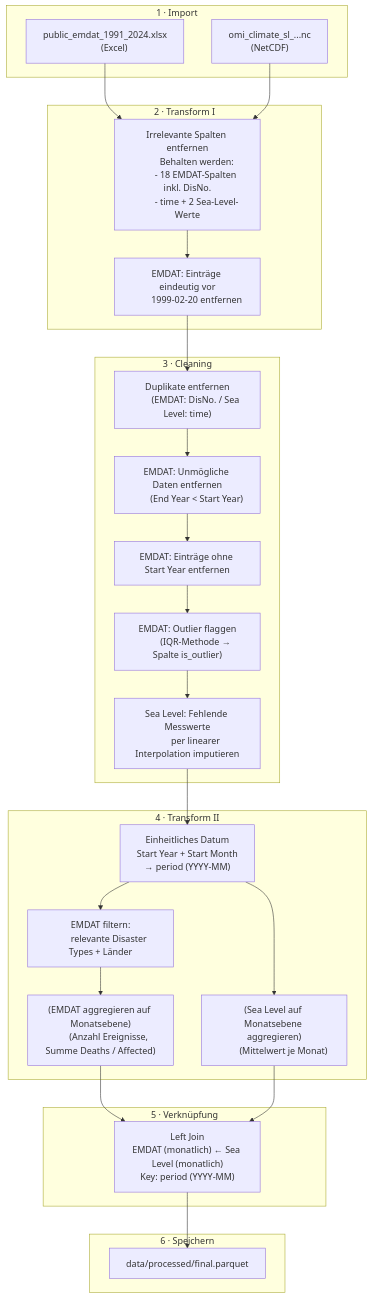
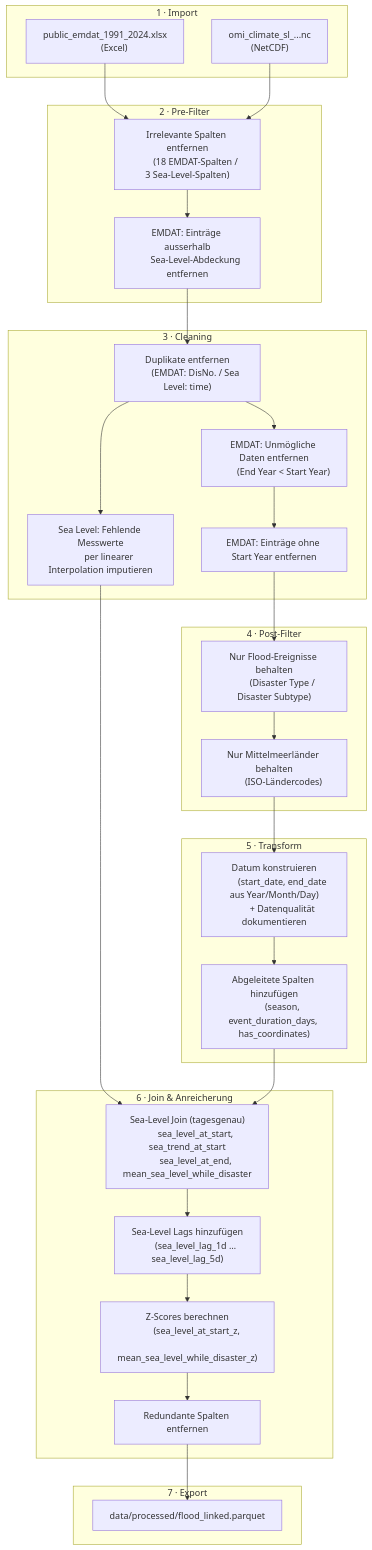
Before and after one commit to damiansze/DAW_FS26: the diagram in docs/pipeline.mmd, drawn with Mermaid. The commit also changed 1 other file, not shown here.

```diff
--- a/docs/pipeline.mmd
+++ b/docs/pipeline.mmd
@@ -1,67 +1,78 @@
 flowchart TD
     %% ── IMPORT ──────────────────────────────────────────────
     subgraph IMP["1 · Import"]
         I1["public_emdat_1991_2024.xlsx
         (Excel)"]
         I2["omi_climate_sl_...nc
         (NetCDF)"]
     end
 
-    %% ── TRANSFORM 1 ─────────────────────────────────────────
-    subgraph T1["2 · Transform I"]
-        T1A["Irrelevante Spalten entfernen
-        Behalten werden:
-        - 18 EMDAT-Spalten inkl. DisNo.
-        - time + 2 Sea-Level-Werte"]
-        T1B["EMDAT: Einträge eindeutig vor
-        1999-02-20 entfernen"]
-        T1A --> T1B
+    %% ── PRE-FILTER ──────────────────────────────────────────
+    subgraph PF["2 · Pre-Filter"]
+        PF1["Irrelevante Spalten entfernen
+        (18 EMDAT-Spalten / 3 Sea-Level-Spalten)"]
+        PF2["EMDAT: Einträge ausserhalb
+        Sea-Level-Abdeckung entfernen"]
+        PF1 --> PF2
     end
 
-    %% ── CLEANING ─────────────────────────────────────────────
+    %% ── CLEANING ────────────────────────────────────────────
     subgraph CL["3 · Cleaning"]
         CL1["Duplikate entfernen
         (EMDAT: DisNo. / Sea Level: time)"]
         CL2["EMDAT: Unmögliche Daten entfernen
         (End Year < Start Year)"]
         CL3["EMDAT: Einträge ohne Start Year entfernen"]
-        CL4["EMDAT: Outlier flaggen
-        (IQR-Methode → Spalte is_outlier)"]
-        CL5["Sea Level: Fehlende Messwerte
+        CL4["Sea Level: Fehlende Messwerte
         per linearer Interpolation imputieren"]
-        CL1 --> CL2 --> CL3 --> CL4 --> CL5
+        CL1 --> CL2 --> CL3
+        CL1 --> CL4
     end
 
-    %% ── TRANSFORM 2 ─────────────────────────────────────────
-    subgraph T2["4 · Transform II"]
-        T2A["Einheitliches Datum
-        Start Year + Start Month
-        → period (YYYY-MM)"]
-        T2B["EMDAT filtern:
-        relevante Disaster Types + Länder"]
-        T2C["(EMDAT aggregieren auf Monatsebene)
-        (Anzahl Ereignisse, Summe Deaths / Affected)"]
-        T2D["(Sea Level auf Monatsebene aggregieren)
-        (Mittelwert je Monat)"]
-        T2A --> T2B --> T2C
-        T2A --> T2D
+    %% ── POST-FILTER ─────────────────────────────────────────
+    subgraph POSTF["4 · Post-Filter"]
+        F1["Nur Flood-Ereignisse behalten
+        (Disaster Type / Disaster Subtype)"]
+        F2["Nur Mittelmeerländer behalten
+        (ISO-Ländercodes)"]
+        F1 --> F2
     end
 
-    %% ── JOIN ─────────────────────────────────────────────────
-    subgraph JN["5 · Verknüpfung"]
-        J1["Left Join\nEMDAT (monatlich) ← Sea Level (monatlich)\nKey: period (YYYY-MM)"]
+    %% ── TRANSFORM ───────────────────────────────────────────
+    subgraph TR["5 · Transform"]
+        TR1["Datum konstruieren
+        (start_date, end_date aus Year/Month/Day)
+        + Datenqualität dokumentieren"]
+        TR2["Abgeleitete Spalten hinzufügen
+        (season, event_duration_days, has_coordinates)"]
+        TR1 --> TR2
     end
 
-    %% ── SPEICHERN ────────────────────────────────────────────
-    subgraph SV["6 · Speichern"]
-        S1["data/processed/final.parquet"]
+    %% ── JOIN & ANREICHERUNG ─────────────────────────────────
+    subgraph JN["6 · Join & Anreicherung"]
+        J1["Sea-Level Join (tagesgenau)
+        sea_level_at_start, sea_trend_at_start
+        sea_level_at_end, mean_sea_level_while_disaster"]
+        J2["Sea-Level Lags hinzufügen
+        (sea_level_lag_1d … sea_level_lag_5d)"]
+        J3["Z-Scores berechnen
+        (sea_level_at_start_z,
+        mean_sea_level_while_disaster_z)"]
+        J4["Redundante Spalten entfernen"]
+        J1 --> J2 --> J3 --> J4
+    end
+
+    %% ── EXPORT ──────────────────────────────────────────────
+    subgraph EX["7 · Export"]
+        E1["data/processed/flood_linked.parquet"]
     end
 
     %% ── VERBINDUNGEN ─────────────────────────────────────────
-    I1 --> T1A
-    I2 --> T1A
-    T1B --> CL1
-    CL5 --> T2A
-    T2C --> J1
-    T2D --> J1
-    J1 --> S1
+    I1 --> PF1
+    I2 --> PF1
+    PF2 --> CL1
+    CL3 --> F1
+    CL4 --> J1
+    F2 --> TR1
+    TR2 --> J1
+    J4 --> E1
```
